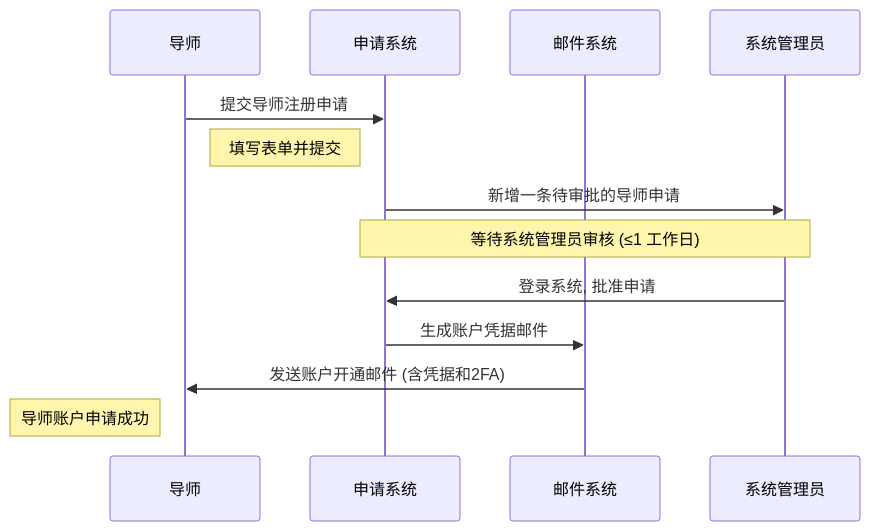
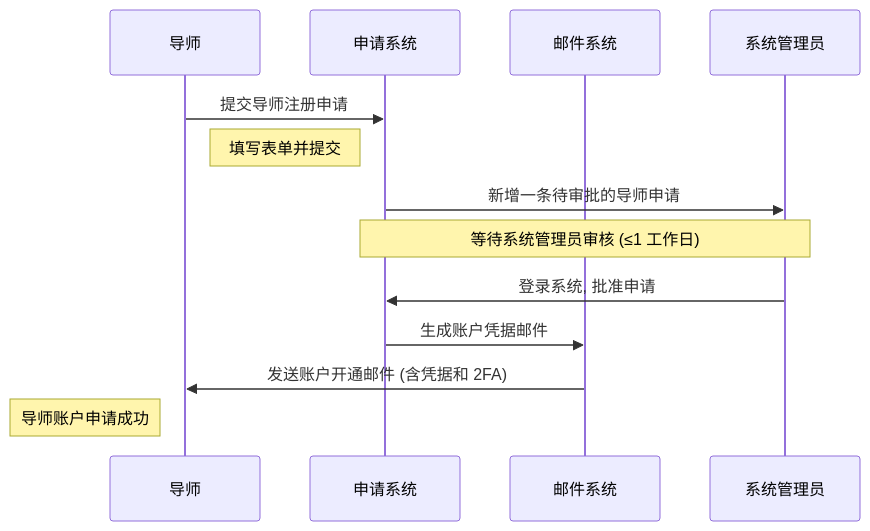
Before and after one commit to yliu7949/SAIKS-HPC-docs: the first of 2 diagrams in docs/guideline/account.md, drawn with Mermaid. The commit also changed other lines of this file and 6 other files, not shown here.

````diff
--- a/docs/guideline/account.md
+++ b/docs/guideline/account.md
@@ -45,19 +48,19 @@
 ```mermaid
 sequenceDiagram
     participant T as 导师
     participant Sys as 申请系统
     participant M as 邮件系统
     participant Admin as 系统管理员
 
     T->>Sys: 提交导师注册申请
     note right of T: 填写表单并提交
 
     Sys->>Admin: 新增一条待审批的导师申请
     note over Sys,Admin: 等待系统管理员审核 (≤1 工作日)
 
     Admin->>Sys: 登录系统, 批准申请
     
     Sys->>M: 生成账户凭据邮件
-    M->>T: 发送账户开通邮件 (含凭据和2FA)
+    M->>T: 发送账户开通邮件 (含凭据和 2FA)
     note left of T: 导师账户申请成功
 ```
````
